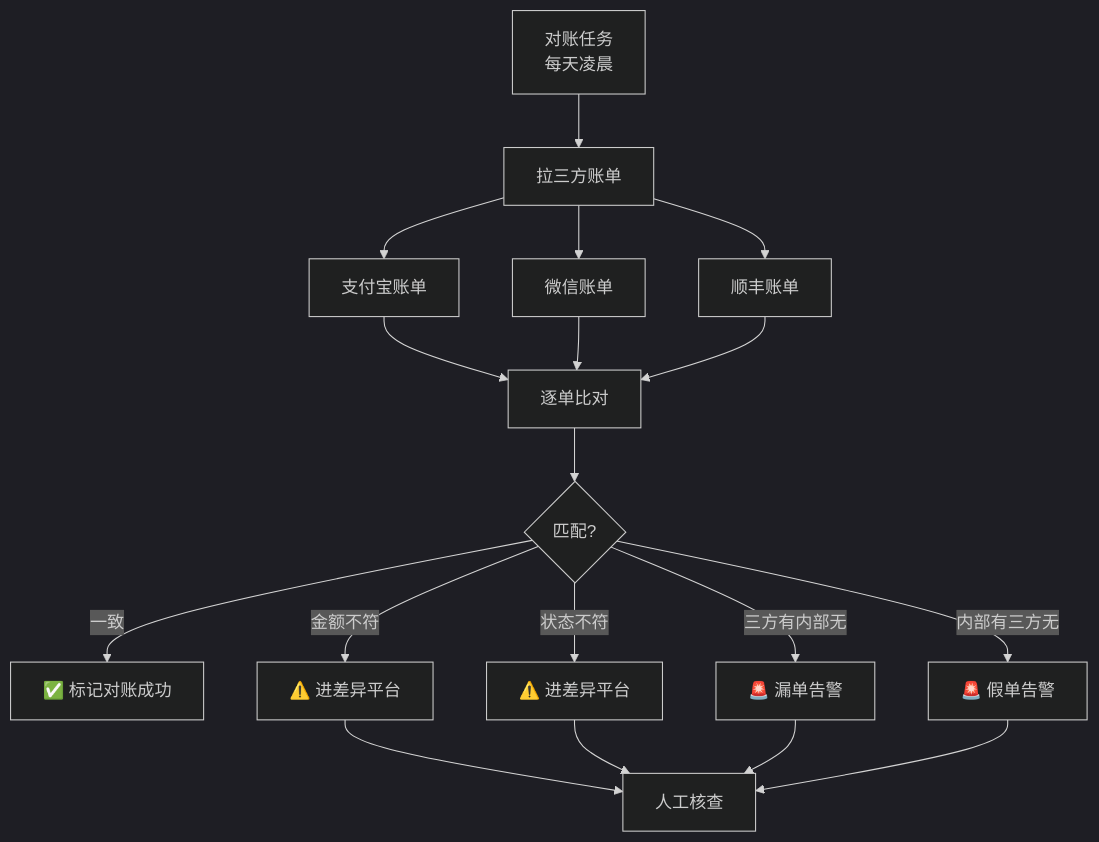
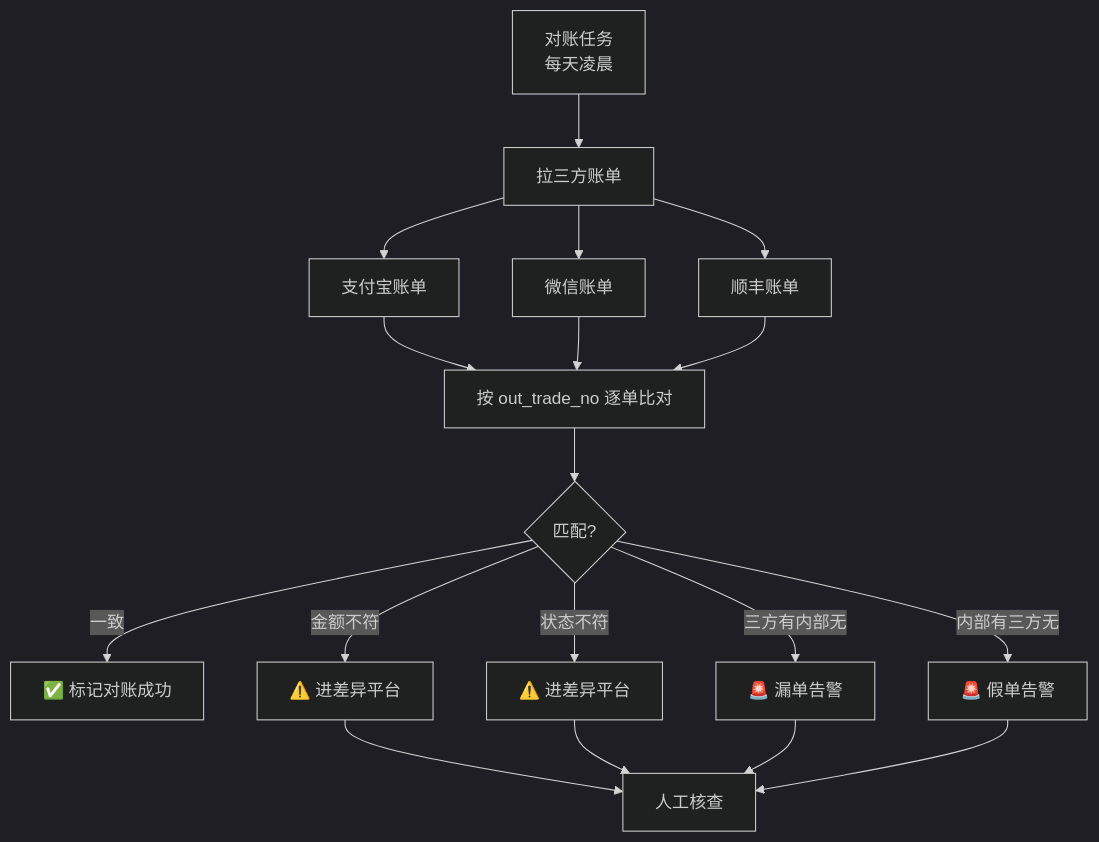
One commit to vaynedu/interview_note changed the fifth of 10 diagrams in 10-system-design/24-order-system-4s.md. Above: the diagram before and after it, drawn with Mermaid (dark theme). The commit also changed other lines of this file, not shown here.

````diff
--- a/10-system-design/24-order-system-4s.md
+++ b/10-system-design/24-order-system-4s.md
@@ -525,15 +639,15 @@
 ```mermaid
 flowchart TB
     Cron["对账任务<br/>每天凌晨"] --> Pull["拉三方账单"]
     Pull --> Alipay["支付宝账单"]
     Pull --> Wechat["微信账单"]
     Pull --> SF["顺丰账单"]
-    Alipay & Wechat & SF --> Compare["逐单比对"]
+    Alipay & Wechat & SF --> Compare["按 out_trade_no 逐单比对"]
     Compare --> Match{匹配?}
     Match -->|一致| OK["✅ 标记对账成功"]
     Match -->|金额不符| Diff1["⚠️ 进差异平台"]
     Match -->|状态不符| Diff2["⚠️ 进差异平台"]
     Match -->|三方有内部无| Diff3["🚨 漏单告警"]
     Match -->|内部有三方无| Diff4["🚨 假单告警"]
     Diff1 & Diff2 & Diff3 & Diff4 --> Manual["人工核查"]
 ```
````
